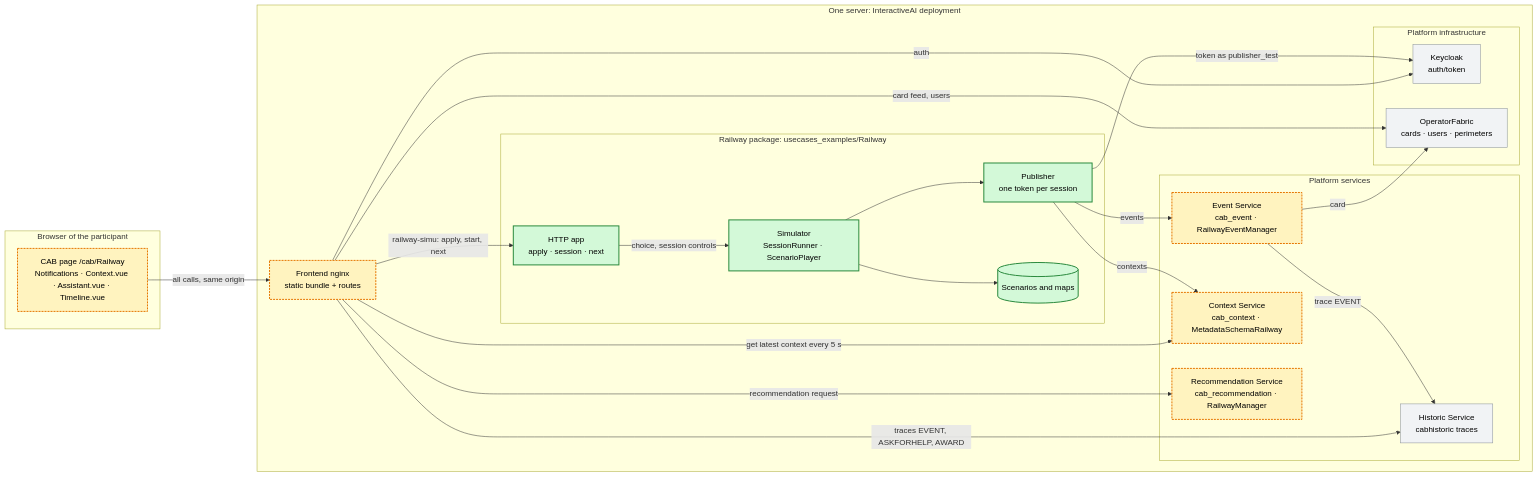
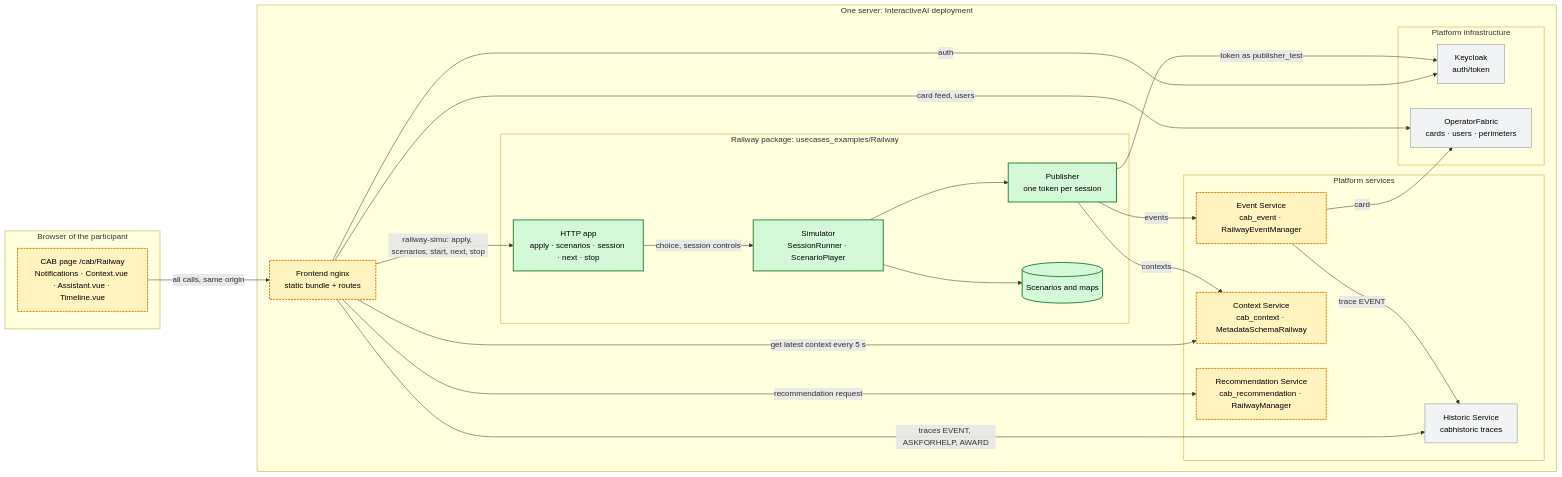
The second of 12 diagrams in docs/plans/railway-use-case.md (ainetus/InteractiveAI), drawn with Mermaid before and after one commit. The commit also changed other lines of this file and 1 other file, not shown here.

First line of the commit message:
docs(plans): revise the Railway plan and explain Q28 with a mockup of the action row options

````diff
--- a/docs/plans/railway-use-case.md
+++ b/docs/plans/railway-use-case.md
@@ -734,56 +777,56 @@
 ```mermaid
 flowchart LR
     subgraph Browser["Browser of the participant"]
         CAB["CAB page /cab/Railway<br/>Notifications · Context.vue · Assistant.vue · Timeline.vue"]
     end
 
     subgraph Server["One server: InteractiveAI deployment"]
         Nginx["Frontend nginx<br/>static bundle + routes"]
         subgraph Platform["Platform services"]
             Ev["Event Service<br/>cab_event · RailwayEventManager"]
             Ctx["Context Service<br/>cab_context · MetadataSchemaRailway"]
             Rec["Recommendation Service<br/>cab_recommendation · RailwayManager"]
             Hist["Historic Service<br/>cabhistoric traces"]
         end
         subgraph External["Platform infrastructure"]
             KC["Keycloak<br/>auth/token"]
             OF["OperatorFabric<br/>cards · users · perimeters"]
         end
         subgraph Railway["Railway package: usecases_examples/Railway"]
             Sim["Simulator<br/>SessionRunner · ScenarioPlayer"]
             Pub["Publisher<br/>one token per session"]
-            App["HTTP app<br/>apply · session · next"]
+            App["HTTP app<br/>apply · scenarios · session · next · stop"]
             Sc[("Scenarios and maps")]
         end
     end
 
     CAB -->|"all calls, same origin"| Nginx
     Nginx -->|"auth"| KC
     Nginx -->|"card feed, users"| OF
     Nginx -->|"get latest context every 5 s"| Ctx
     Nginx -->|"recommendation request"| Rec
     Nginx -->|"traces EVENT, ASKFORHELP, AWARD"| Hist
-    Nginx -->|"railway-simu: apply, start, next"| App
+    Nginx -->|"railway-simu: apply, scenarios, start, next, stop"| App
 
     Sim --> Pub
     Pub -->|"token as publisher_test"| KC
     Pub -->|"events"| Ev
     Pub -->|"contexts"| Ctx
     Ev -->|"card"| OF
     Ev -->|"trace EVENT"| Hist
     App -->|"choice, session controls"| Sim
     Sim --> Sc
 
     style CAB fill:#fff3bf,stroke:#e67700,stroke-width:2px,stroke-dasharray:4 2,color:#000
     style Nginx fill:#fff3bf,stroke:#e67700,stroke-width:2px,stroke-dasharray:4 2,color:#000
     style Ev fill:#fff3bf,stroke:#e67700,stroke-width:2px,stroke-dasharray:4 2,color:#000
     style Ctx fill:#fff3bf,stroke:#e67700,stroke-width:2px,stroke-dasharray:4 2,color:#000
     style Rec fill:#fff3bf,stroke:#e67700,stroke-width:2px,stroke-dasharray:4 2,color:#000
     style Hist fill:#f1f3f5,stroke:#868e96,color:#000
     style KC fill:#f1f3f5,stroke:#868e96,color:#000
     style OF fill:#f1f3f5,stroke:#868e96,color:#000
     style Sim fill:#d3f9d8,stroke:#2b8a3e,stroke-width:2px,color:#000
     style Pub fill:#d3f9d8,stroke:#2b8a3e,stroke-width:2px,color:#000
     style App fill:#d3f9d8,stroke:#2b8a3e,stroke-width:2px,color:#000
     style Sc fill:#d3f9d8,stroke:#2b8a3e,stroke-width:2px,color:#000
 ```
````
